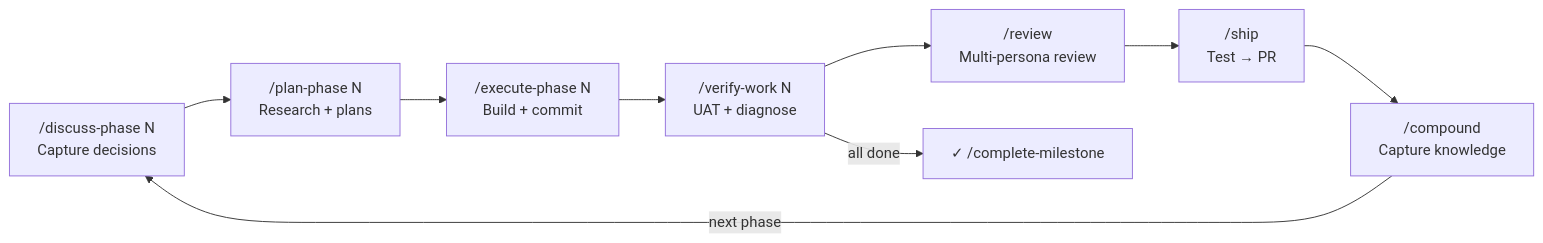
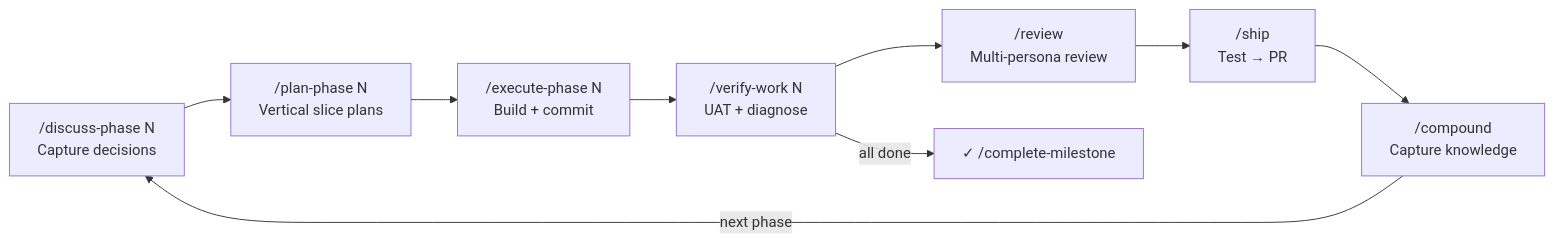
Before and after one commit to FavioVazquez/learnship: the first of 2 diagrams in README.md, drawn with Mermaid. The commit also changed other lines of this file and 39 other files, not shown here.

First line of the commit message:
v2.3.4 — Deep questioning, vertical slice planning, config setup improvements

````diff
--- a/README.md
+++ b/README.md
@@ -121,15 +121,15 @@
 ```mermaid
 flowchart LR
     DP["/discuss-phase N<br/>Capture decisions"]
-    PP["/plan-phase N<br/>Research + plans"]
+    PP["/plan-phase N<br/>Vertical slice plans"]
     EP["/execute-phase N<br/>Build + commit"]
     VW["/verify-work N<br/>UAT + diagnose"]
     RV["/review<br/>Multi-persona review"]
     SH["/ship<br/>Test → PR"]
     CP["/compound<br/>Capture knowledge"]
 
     DP --> PP --> EP --> VW
     VW --> RV --> SH --> CP
     CP -->|"next phase"| DP
     VW -->|"all done"| DONE["✓ /complete-milestone"]
 ```
````
